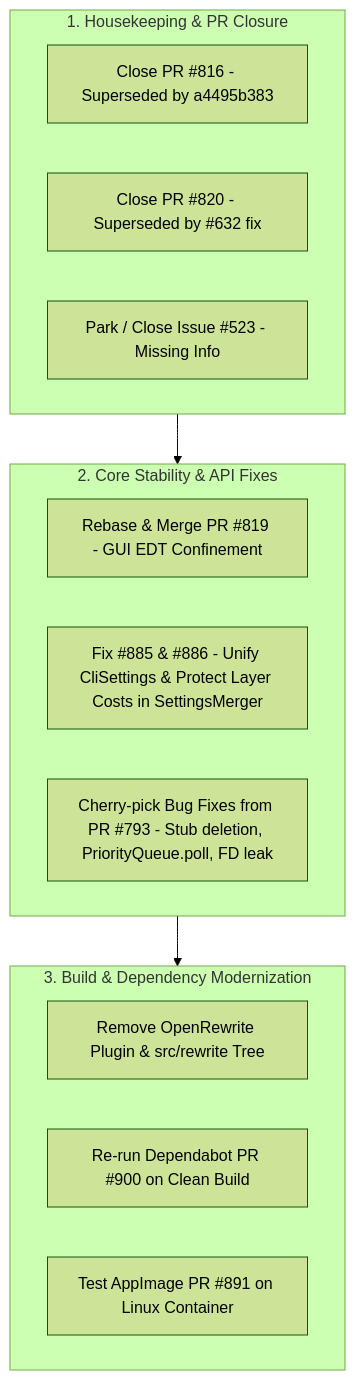
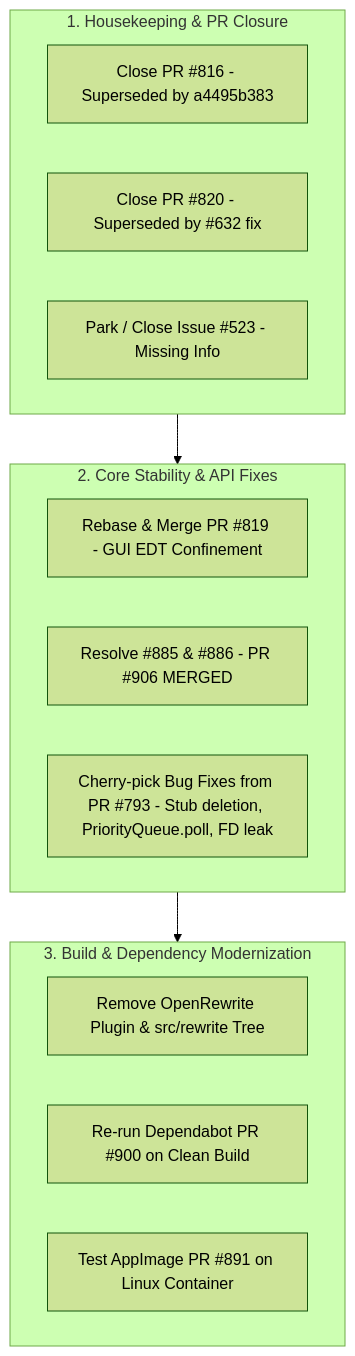
The diagram in docs/research/backlog_triage_and_investigation_notes.md (freerouting/freerouting), drawn with Mermaid (forest theme) before and after one commit. The commit also changed other lines of this file and 8 other files, not shown here.

````diff
--- a/docs/research/backlog_triage_and_investigation_notes.md
+++ b/docs/research/backlog_triage_and_investigation_notes.md
@@ -245,23 +257,23 @@
 ```mermaid
 flowchart TD
     subgraph Housekeeping ["1. Housekeeping & PR Closure"]
         A[Close PR #816 - Superseded by a4495b383]
         B[Close PR #820 - Superseded by #632 fix]
         C[Park / Close Issue #523 - Missing Info]
     end
 
     subgraph CriticalFixes ["2. Core Stability & API Fixes"]
         D[Rebase & Merge PR #819 - GUI EDT Confinement]
-        E[Fix #885 & #886 - Unify CliSettings & Protect Layer Costs in SettingsMerger]
+        E[Resolve #885 & #886 - PR #906 MERGED]
         F[Cherry-pick Bug Fixes from PR #793 - Stub deletion, PriorityQueue.poll, FD leak]
     end
 
     subgraph BuildClean ["3. Build & Dependency Modernization"]
         G[Remove OpenRewrite Plugin & src/rewrite Tree]
         H[Re-run Dependabot PR #900 on Clean Build]
         I[Test AppImage PR #891 on Linux Container]
     end
 
     Housekeeping --> CriticalFixes
     CriticalFixes --> BuildClean
 ```
````
